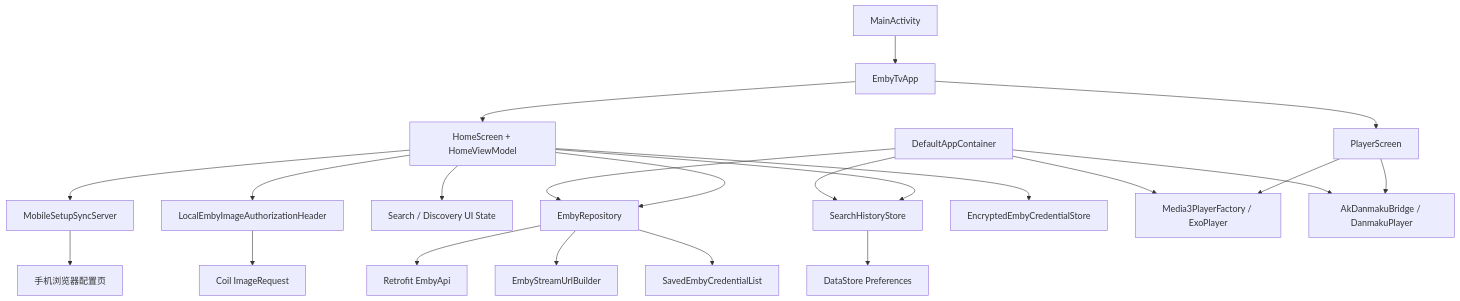
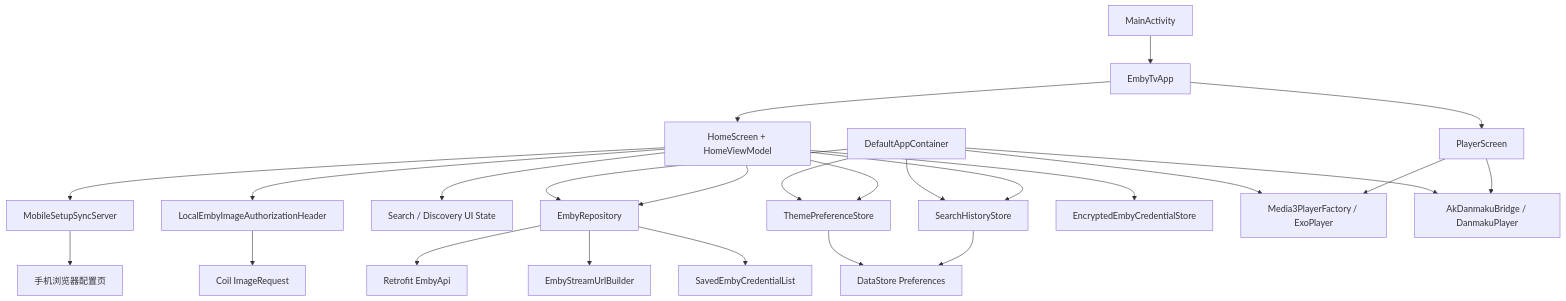
The first of 2 diagrams in helloagents/main/wiki/arch.md (zcw199604/embyTv), drawn with Mermaid before and after one commit. The commit also changed other lines of this file and 28 other files, not shown here.

````diff
--- a/helloagents/main/wiki/arch.md
+++ b/helloagents/main/wiki/arch.md
@@ -4,24 +4,27 @@
 ```mermaid
 flowchart TD
     Activity["MainActivity"] --> App["EmbyTvApp"]
     App --> Home["HomeScreen + HomeViewModel"]
     App --> Player["PlayerScreen"]
     Home --> Repo["EmbyRepository"]
     Home --> Sync["MobileSetupSyncServer"]
     Home --> Search["Search / Discovery UI State"]
     Home --> ImageAuth["LocalEmbyImageAuthorizationHeader"]
     Home --> SearchHistory["SearchHistoryStore"]
+    Home --> ThemeStore["ThemePreferenceStore"]
     Sync --> Phone["手机浏览器配置页"]
     Home --> Store["EncryptedEmbyCredentialStore"]
     Repo --> Api["Retrofit EmbyApi"]
     Repo --> Url["EmbyStreamUrlBuilder"]
     ImageAuth --> Coil["Coil ImageRequest"]
     SearchHistory --> DataStore["DataStore Preferences"]
+    ThemeStore --> DataStore
     Repo --> StoreList["SavedEmbyCredentialList"]
     Player --> Media3["Media3PlayerFactory / ExoPlayer"]
     Player --> Danmaku["AkDanmakuBridge / DanmakuPlayer"]
     Core["DefaultAppContainer"] --> Repo
     Core --> SearchHistory
+    Core --> ThemeStore
     Core --> Media3
     Core --> Danmaku
 ```
````
